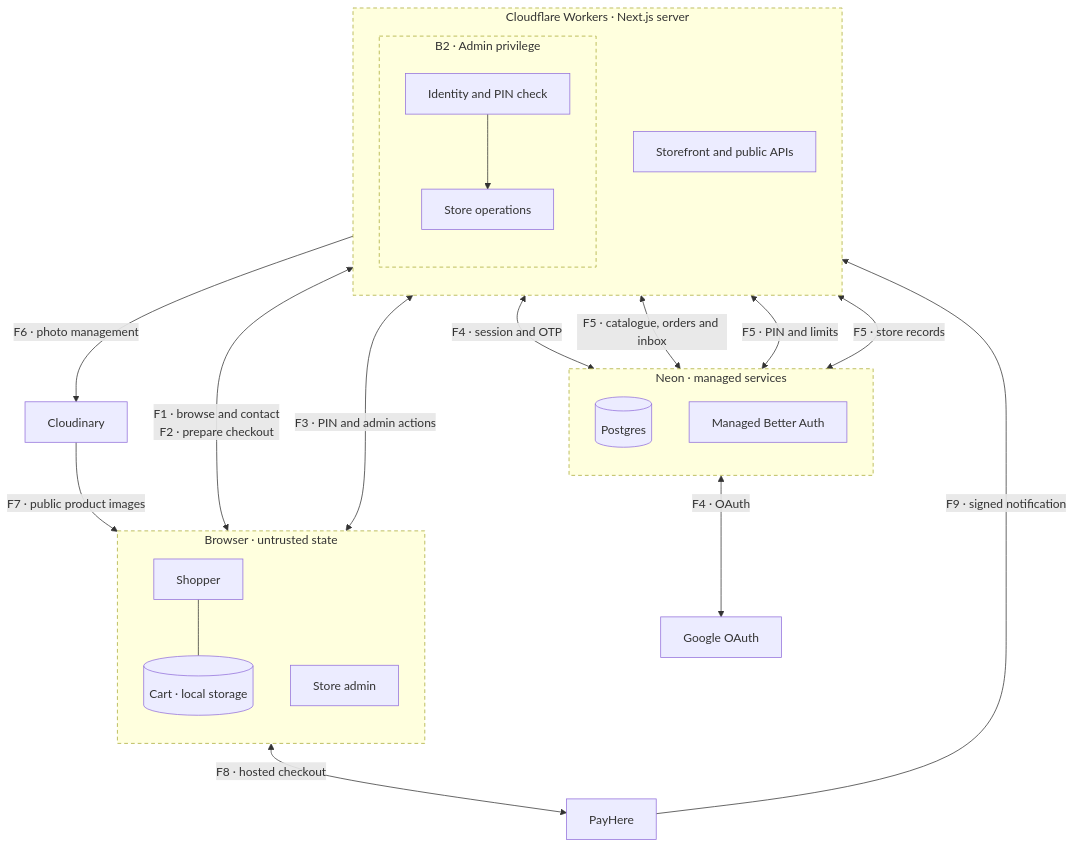
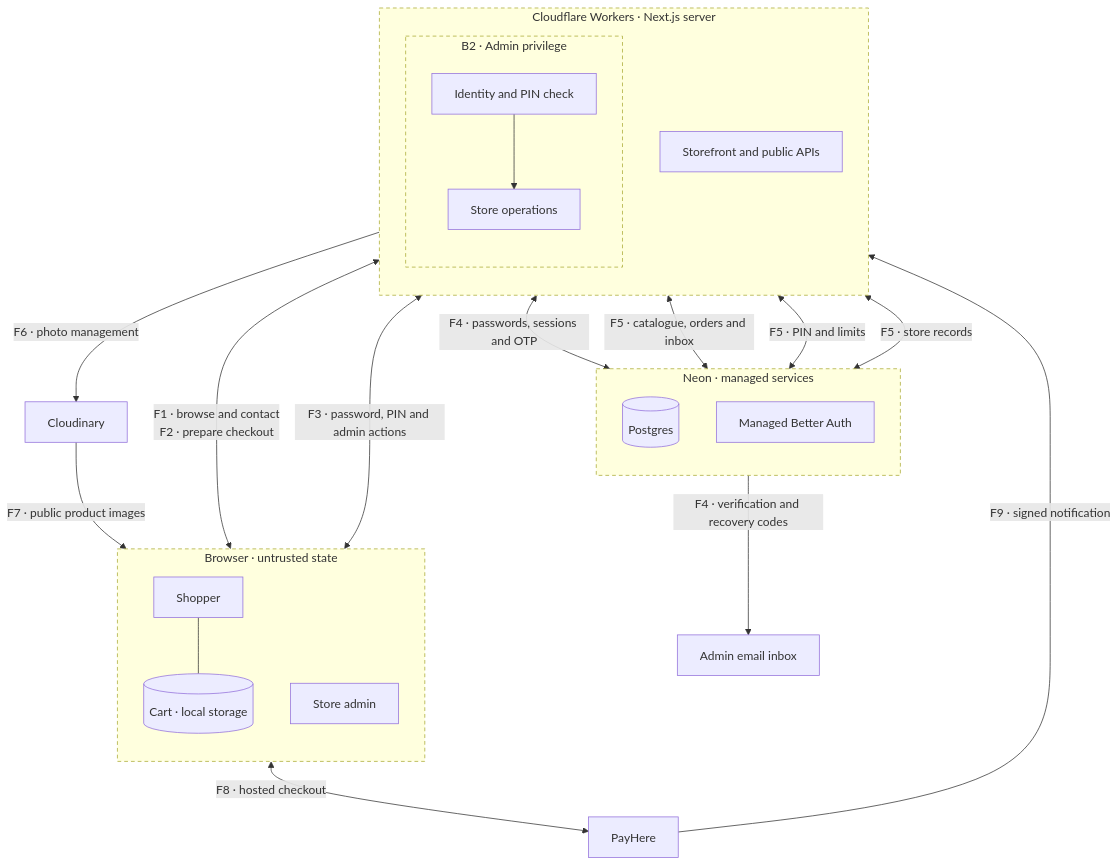
Before and after one commit to deshandinidu2001/vault-and-vein-phase-1: the diagram in docs/security/trust-boundaries.md, drawn with Mermaid. The commit also changed other lines of this file and 14 other files, not shown here.

````diff
--- a/docs/security/trust-boundaries.md
+++ b/docs/security/trust-boundaries.md
@@ -5,49 +5,49 @@
 ```mermaid
 flowchart TB
     subgraph CLIENT["Browser · untrusted state"]
         direction TB
         BUYER["Shopper"]
         CART[("Cart · local storage")]
         OPERATOR["Store admin"]
         BUYER --- CART
     end
 
     subgraph APP["Cloudflare Workers · Next.js server"]
         direction TB
         PUBLIC["Storefront and public APIs"]
 
         subgraph PRIV["B2 · Admin privilege"]
             direction TB
             AUTH["Identity and PIN check"]
             ADMIN["Store operations"]
             AUTH --> ADMIN
         end
     end
 
     subgraph NEON["Neon · managed services"]
         direction TB
         DB[("Postgres")]
         NEONAUTH["Managed Better Auth"]
     end
 
-    GOOGLE["Google OAuth"]
+    MAIL["Admin email inbox"]
     CLOUDINARY["Cloudinary"]
     PAYHERE["PayHere"]
 
     BUYER <-->|"F1 · browse and contact<br/>F2 · prepare checkout"| PUBLIC
-    OPERATOR <-->|"F3 · PIN and admin actions"| AUTH
-    AUTH <-->|"F4 · session and OTP"| NEONAUTH
-    NEONAUTH <-->|"F4 · OAuth"| GOOGLE
+    OPERATOR <-->|"F3 · password, PIN and admin actions"| AUTH
+    AUTH <-->|"F4 · passwords, sessions and OTP"| NEONAUTH
+    NEONAUTH -->|"F4 · verification and recovery codes"| MAIL
     PUBLIC <-->|"F5 · catalogue, orders and inbox"| DB
     AUTH <-->|"F5 · PIN and limits"| DB
     ADMIN <-->|"F5 · store records"| DB
     ADMIN -->|"F6 · photo management"| CLOUDINARY
     CLOUDINARY -->|"F7 · public product images"| BUYER
     BUYER <-->|"F8 · hosted checkout"| PAYHERE
     PAYHERE -->|"F9 · signed notification"| PUBLIC
 
     style CLIENT stroke-dasharray: 5 4
     style APP stroke-dasharray: 5 4
     style PRIV stroke-dasharray: 5 4
     style NEON stroke-dasharray: 5 4
 ```
````
